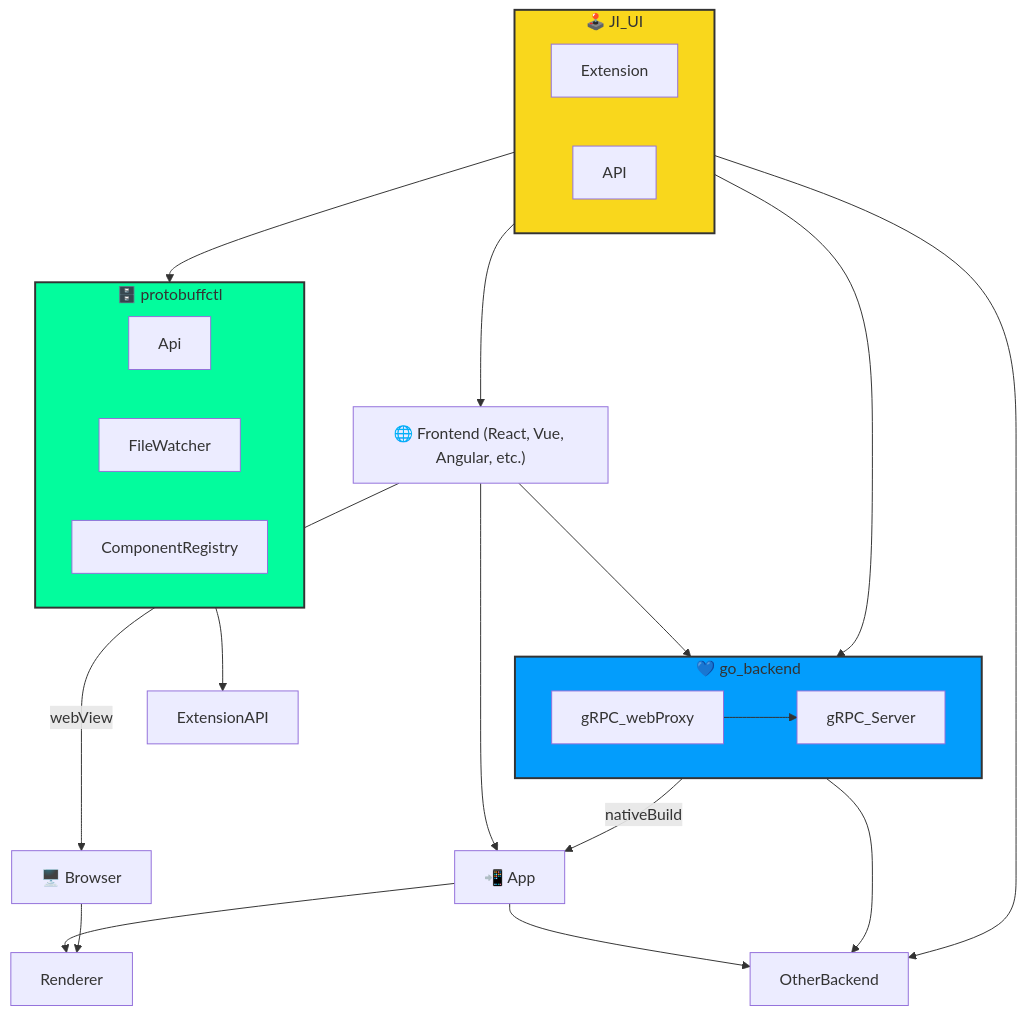
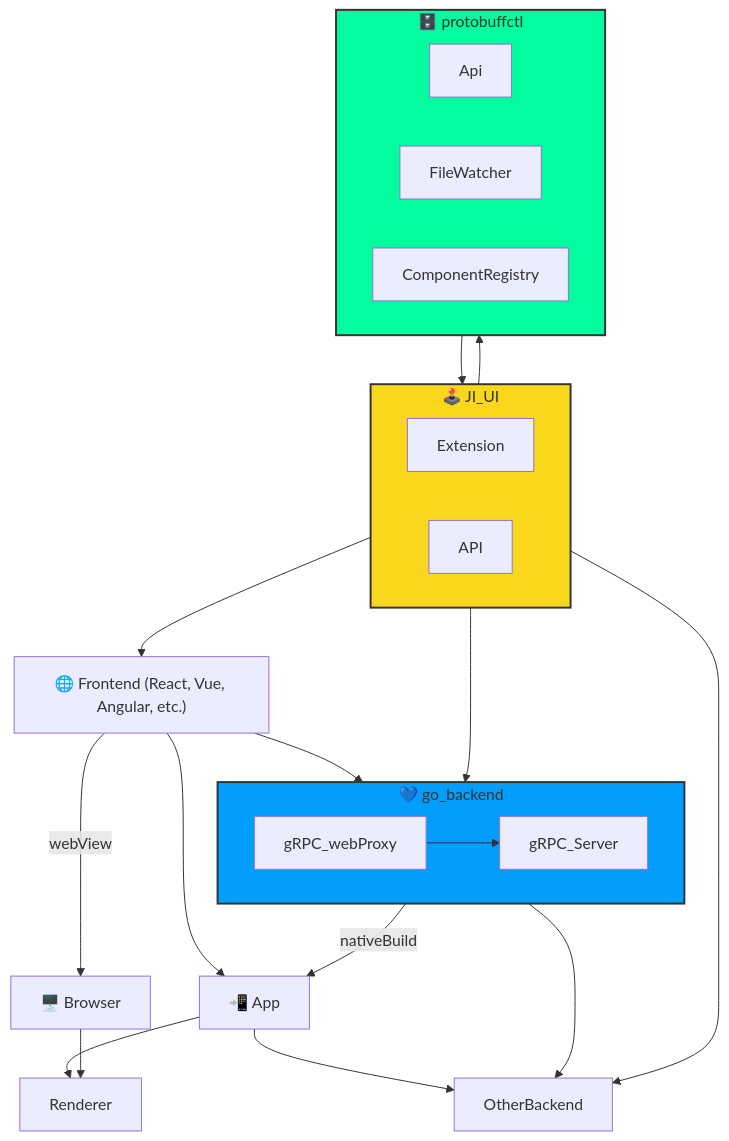
The diagram in README.md (ji-podhead/ji_ui), drawn with Mermaid before and after one commit.

````diff
--- a/README.md
+++ b/README.md
@@ -83,38 +83,38 @@
 ```mermaid
 graph TD;
     Frontend["🌐 Frontend (React, Vue, Angular, etc.)"] --> go_backend;
     Frontend -->|webView| webView[🖥️ Browser]
     go_backend -->|nativeBuild| nativeBuild[📲 App]
 	nativeBuild--> Renderer;
 	webView-->Renderer;
     Frontend-->nativeBuild;
     nativeBuild-->OtherBackend;
     go_backend --> OtherBackend;
     
     JI_UI --> go_backend;
     JI_UI --> protobuffctl;
-    protobuffctl --> ExtensionAPI;
+    protobuffctl --> JI_UI;
     JI_UI --> Frontend;
     JI_UI --> OtherBackend;
     
     subgraph go_backend [💙 go_backend]
         gRPC_webProxy --> gRPC_Server;
         gRPC_Server;
     end
 	subgraph JI_UI [🕹️ JI_UI]
 Extension;
 API;
 end
 
     subgraph protobuffctl [🗄️ protobuffctl]
         Api;
         FileWatcher;
         ComponentRegistry;
         FileWatcher;
     end
 
     style JI_UI fill:#f9d71c,stroke:#333,stroke-width:2px
     style go_backend fill:#039dfc,stroke:#333,stroke-width:2px
     style protobuffctl fill:#03fc9d,stroke:#333,stroke-width:2px
 
 ```
````
